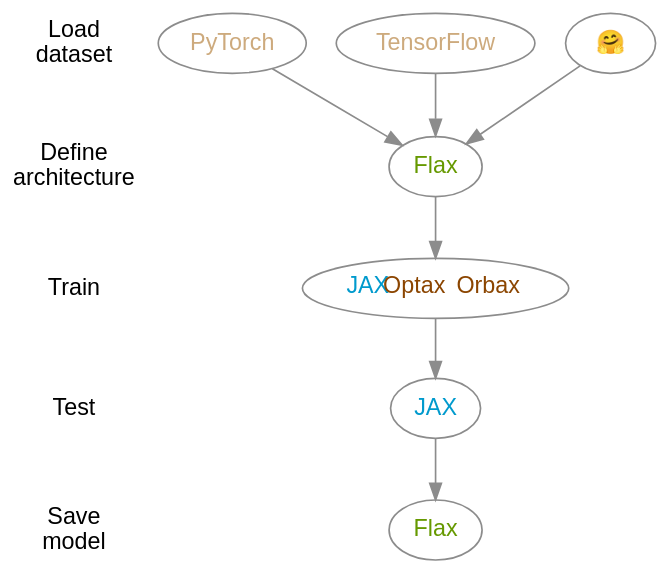
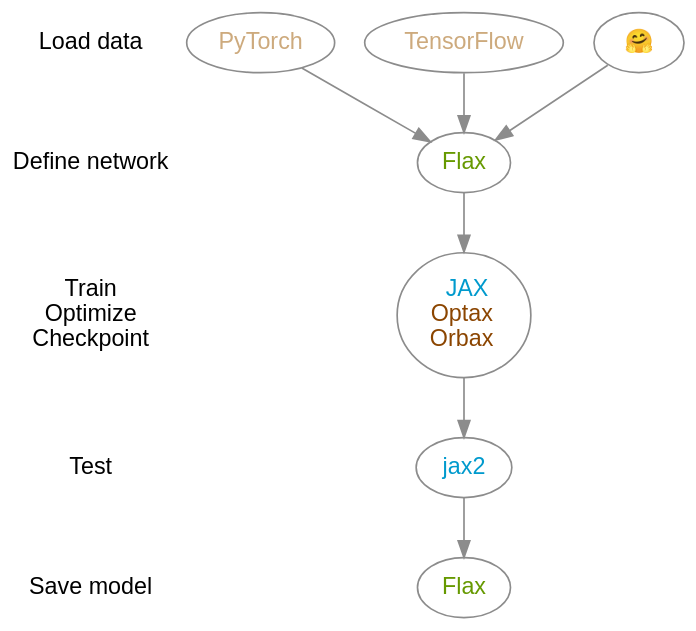
The second of 2 diagrams in ai/jx/fl_jaxdl.qmd (WestDRI/arc-training), drawn with Graphviz before and after one commit.

Commit message:
improve diagram jax dl ecosystem

````diff
--- a/ai/jx/fl_jaxdl.qmd
+++ b/ai/jx/fl_jaxdl.qmd
@@ -66,38 +66,38 @@
 ```{dot}
 //| echo: false
 //| fig-width: 600px
 
 digraph {
   
 bgcolor="transparent"
 node [fontname="Inconsolata, sans-serif", color=gray55]
 edge [color=gray55]
 
-"Load\ndataset" [shape=plaintext, group=g1]
-"Define\narchitecture" [shape=plaintext, group=g1]
-Train [shape=plaintext, group=g1]
-Test [shape=plaintext, group=g1]
-"Save\nmodel" [shape=plaintext, group=g1]
+load [label="Load data", shape=plaintext, group=g1]
+nn [label="Define network", shape=plaintext, group=g1]
+train [label="Train\nOptimize\nCheckpoint", shape=plaintext, group=g1]
+test [label="Test", shape=plaintext, group=g1]
+save [label="Save model", shape=plaintext, group=g1]
 
 PyTorch [fontcolor=burlywood3]
 TensorFlow [group=g2, fontcolor=burlywood3]
 🤗 [fontcolor=burlywood3]
 flax1 [label=Flax, group=g2, fontcolor="#669900"]
-Flax [fontcolor="#669900"]
+flax2 [label=Flax, fontcolor="#669900"]
 
-{rank=same; "Load\ndataset" PyTorch TensorFlow 🤗}
-"Load\ndataset" -> PyTorch -> TensorFlow -> 🤗 [style=invis]
+{rank=same; load PyTorch TensorFlow 🤗}
+load -> PyTorch -> TensorFlow -> 🤗 [style=invis]
 
-{rank=same; "Define\narchitecture" flax1}
-"Define\narchitecture" -> flax1 [style=invis]
+{rank=same; nn flax1}
+nn -> flax1 [style=invis]
 
-jax1 [label=<<FONT COLOR="deepskyblue3">JAX</FONT><FONT COLOR="darkorange4">Optax </FONT><FONT COLOR="darkorange4">Orbax</FONT>>]
+jax1 [label=<<FONT COLOR="deepskyblue3">JAX</FONT><BR/><FONT COLOR="darkorange4">Optax</FONT><BR/><FONT COLOR="darkorange4">Orbax</FONT>>]
 
-JAX [fontcolor=deepskyblue3]
+jax2 [labe="JAX", fontcolor=deepskyblue3]
 
-{PyTorch TensorFlow 🤗} -> flax1 -> jax1 -> JAX -> Flax
+{PyTorch TensorFlow 🤗} -> flax1 -> jax1 -> jax2 -> flax2
 
-"Load\ndataset" -> "Define\narchitecture" -> Train -> Test -> "Save\nmodel" [style=invis]
+load -> nn -> train -> test -> save [style=invis]
 
 }
 ```
````
